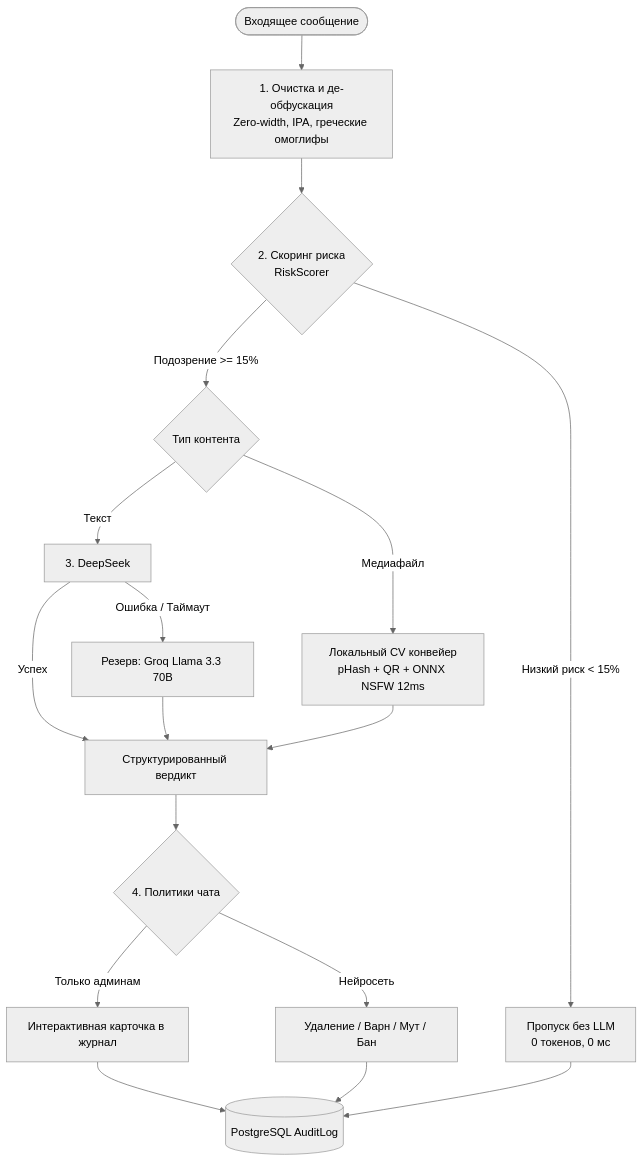
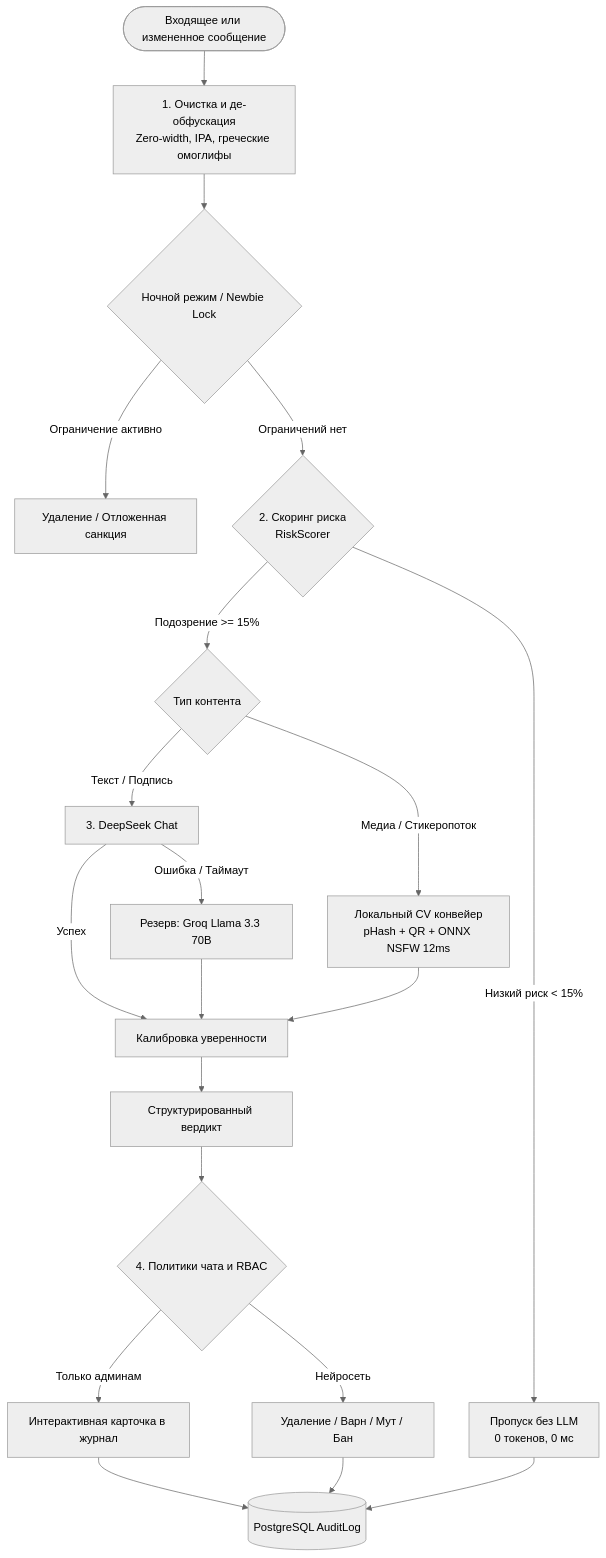
The diagram in README.md (ivanchik-byte/TelegramWarden), drawn with Mermaid (neutral theme) before and after one commit. The commit also changed other lines of this file, not shown here.

````diff
--- a/README.md
+++ b/README.md
@@ -96,25 +106,29 @@
 ```mermaid
 flowchart TD
-    UserMsg([Входящее сообщение]) --> PrePass[1. Очистка и де-обфускация\nZero-width, IPA, греческие омоглифы]
-    PrePass --> RiskEngine{2. Скоринг риска\nRiskScorer}
+    UserMsg([Входящее или измененное сообщение]) --> PrePass[1. Очистка и де-обфускация\nZero-width, IPA, греческие омоглифы]
+    PrePass --> GateCheck{Ночной режим / Newbie Lock}
+    
+    GateCheck -->|Ограничение активно| DeferSanction[Удаление / Отложенная санкция]
+    GateCheck -->|Ограничений нет| RiskEngine{2. Скоринг риска\nRiskScorer}
     
     RiskEngine -->|Низкий риск < 15%| FastPass[Пропуск без LLM\n0 токенов, 0 мс]
     
     RiskEngine -->|Подозрение >= 15%| MediaOrText{Тип контента}
     
-    MediaOrText -->|Медиафайл| CVFilter[Локальный CV конвейер\npHash + QR + ONNX NSFW 12ms]
-    MediaOrText -->|Текст| LLMPrimary[3. DeepSeek]
+    MediaOrText -->|Медиа / Стикеропоток| CVFilter[Локальный CV конвейер\npHash + QR + ONNX NSFW 12ms]
+    MediaOrText -->|Текст / Подпись| LLMPrimary[3. DeepSeek Chat]
     
     LLMPrimary -->|Ошибка / Таймаут| LLMFallback[Резерв: Groq Llama 3.3 70B]
-    LLMPrimary -->|Успех| Verdict[Структурированный вердикт]
-    LLMFallback --> Verdict
-    CVFilter --> Verdict
+    LLMPrimary -->|Успех| VerdictCalibrator[Калибровка уверенности]
+    LLMFallback --> VerdictCalibrator
+    CVFilter --> VerdictCalibrator
     
-    Verdict --> PolicyRouter{4. Политики чата}
+    VerdictCalibrator --> Verdict[Структурированный вердикт]
+    Verdict --> PolicyRouter{4. Политики чата и RBAC}
     PolicyRouter -->|Только админам| AdminCard[Интерактивная карточка в журнал]
     PolicyRouter -->|Нейросеть| AutoSanction[Удаление / Варн / Мут / Бан]
     
     AdminCard --> AuditDB[(PostgreSQL AuditLog)]
     AutoSanction --> AuditDB
     FastPass --> AuditDB
 ```
````
